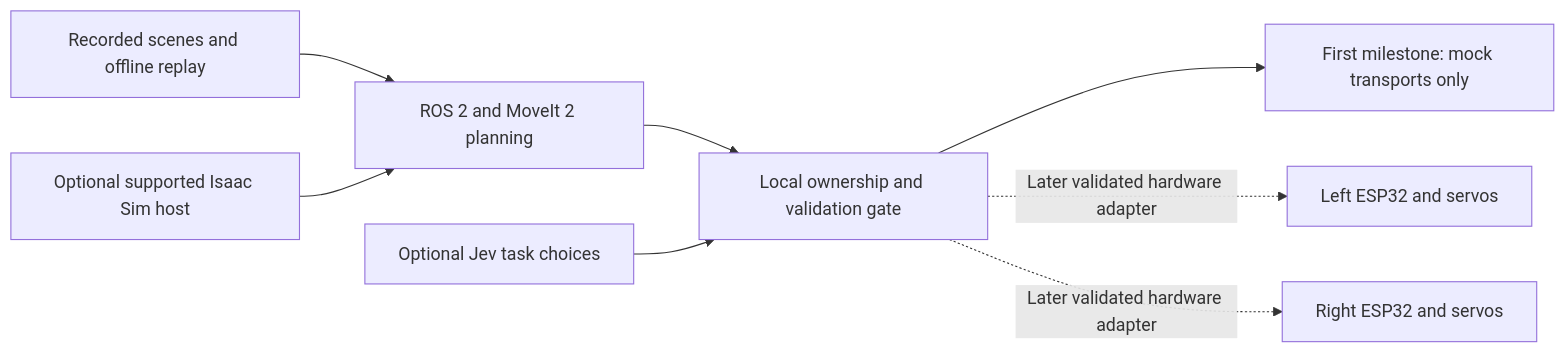
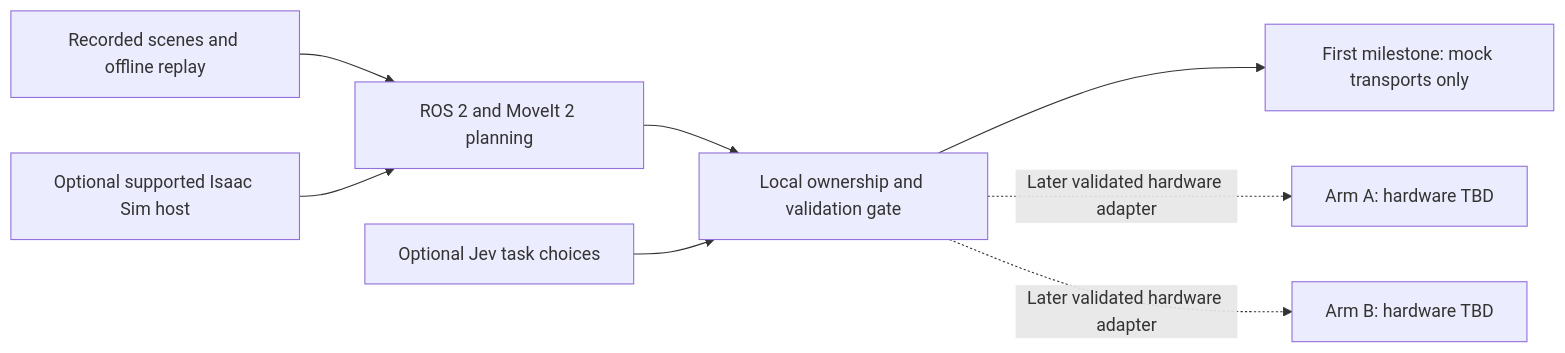
The diagram in dual_arm/ARCHITECTURE.md (jhacksman/RoArm-M3), drawn with Mermaid before and after one commit. The commit also changed other lines of this file and 3 other files, not shown here.

````diff
--- a/dual_arm/ARCHITECTURE.md
+++ b/dual_arm/ARCHITECTURE.md
@@ -7,10 +7,10 @@
 ```mermaid
 flowchart LR
     Offline[Recorded scenes and offline replay] --> Planner[ROS 2 and MoveIt 2 planning]
     Sim[Optional supported Isaac Sim host] --> Planner
     Planner --> Gate[Local ownership and validation gate]
     Jev[Optional Jev task choices] --> Gate
     Gate --> Mock[First milestone: mock transports only]
-    Gate -. Later validated hardware adapter .-> Left[Left ESP32 and servos]
-    Gate -. Later validated hardware adapter .-> Right[Right ESP32 and servos]
+    Gate -. Later validated hardware adapter .-> ArmA[Arm A: hardware TBD]
+    Gate -. Later validated hardware adapter .-> ArmB[Arm B: hardware TBD]
 ```
````
